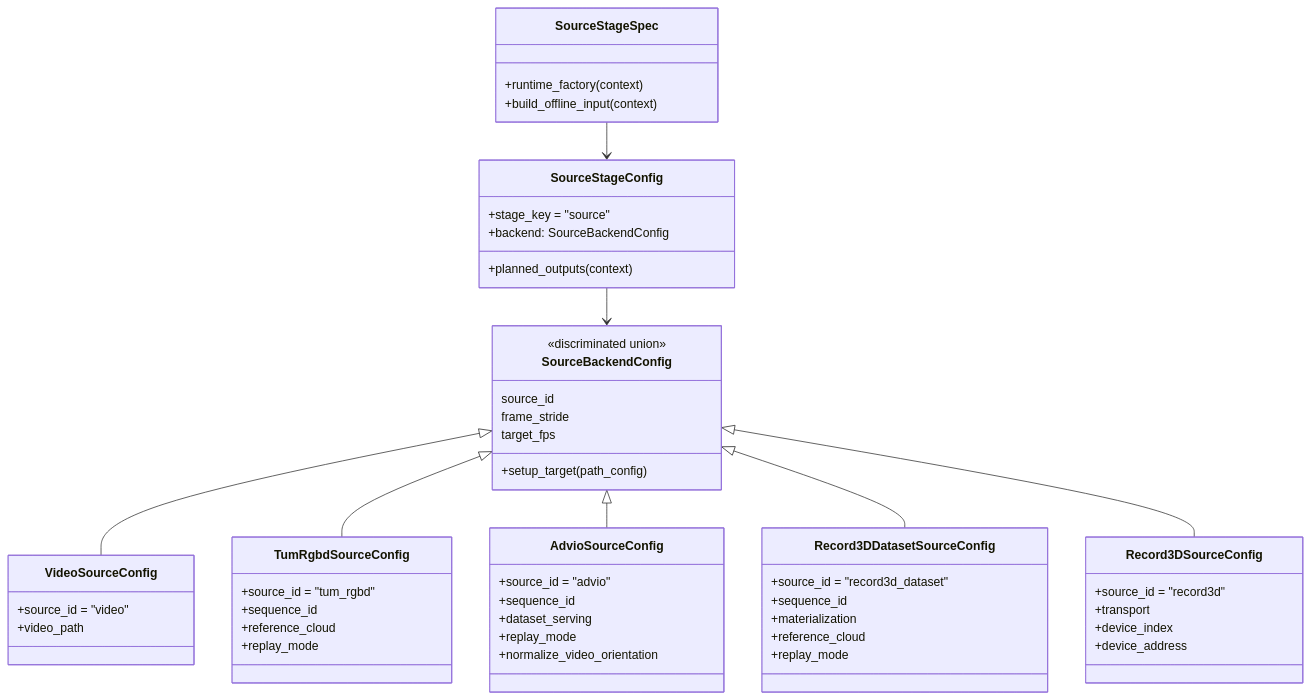
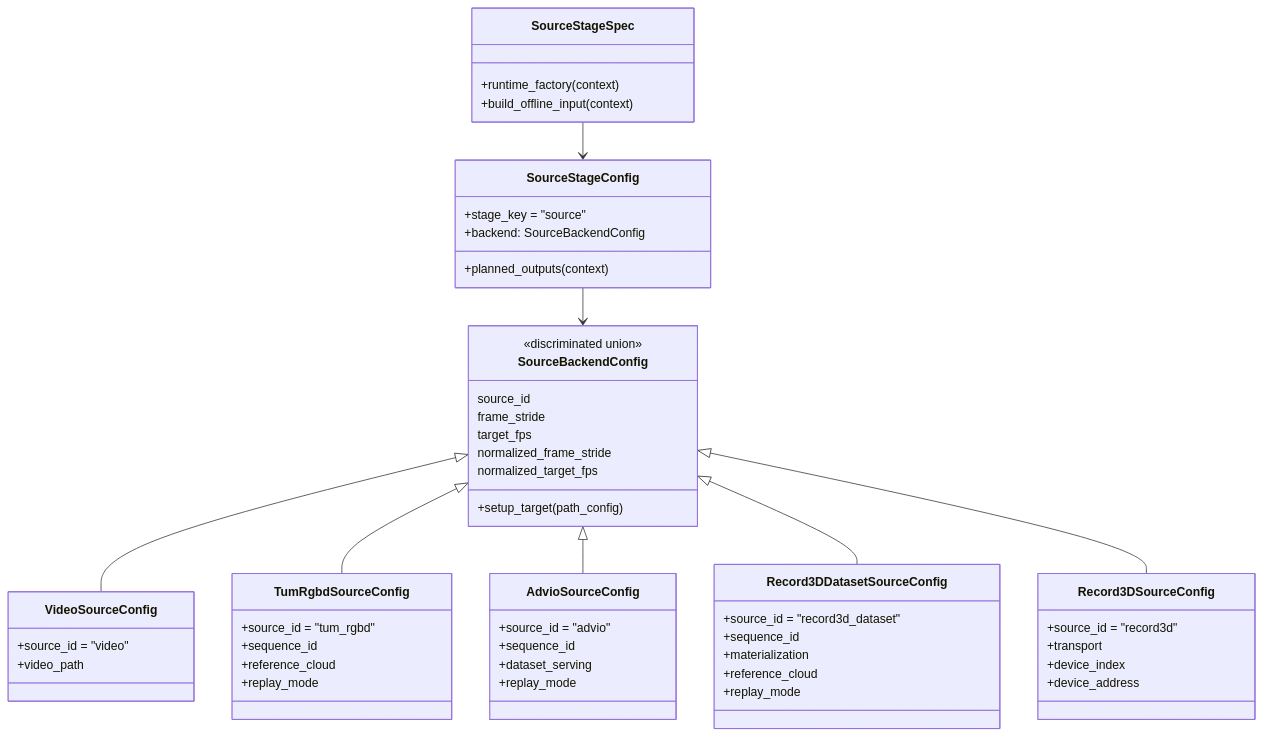
The diagram in src/prml_vslam/sources/README.md (JanDuchscherer104/prml-vslam), drawn with Mermaid before and after one commit. The commit also changed other lines of this file and 39 other files, not shown here.

````diff
--- a/src/prml_vslam/sources/README.md
+++ b/src/prml_vslam/sources/README.md
@@ -35,64 +35,65 @@
 ```mermaid
 classDiagram
     class SourceStageConfig {
         +stage_key = "source"
         +backend: SourceBackendConfig
         +planned_outputs(context)
     }
 
     class SourceStageSpec {
         +runtime_factory(context)
         +build_offline_input(context)
     }
 
     class SourceBackendConfig {
         <<discriminated union>>
         source_id
         frame_stride
         target_fps
+        normalized_frame_stride
+        normalized_target_fps
         +setup_target(path_config)
     }
 
     class VideoSourceConfig {
         +source_id = "video"
         +video_path
     }
 
     class TumRgbdSourceConfig {
         +source_id = "tum_rgbd"
         +sequence_id
         +reference_cloud
         +replay_mode
     }
 
     class AdvioSourceConfig {
         +source_id = "advio"
         +sequence_id
         +dataset_serving
         +replay_mode
-        +normalize_video_orientation
     }
 
     class Record3DDatasetSourceConfig {
         +source_id = "record3d_dataset"
         +sequence_id
         +materialization
         +reference_cloud
         +replay_mode
     }
 
     class Record3DSourceConfig {
         +source_id = "record3d"
         +transport
         +device_index
         +device_address
     }
 
     SourceStageConfig --> SourceBackendConfig
     SourceStageSpec --> SourceStageConfig
     SourceBackendConfig <|-- VideoSourceConfig
     SourceBackendConfig <|-- TumRgbdSourceConfig
     SourceBackendConfig <|-- AdvioSourceConfig
     SourceBackendConfig <|-- Record3DDatasetSourceConfig
     SourceBackendConfig <|-- Record3DSourceConfig
 ```
````
